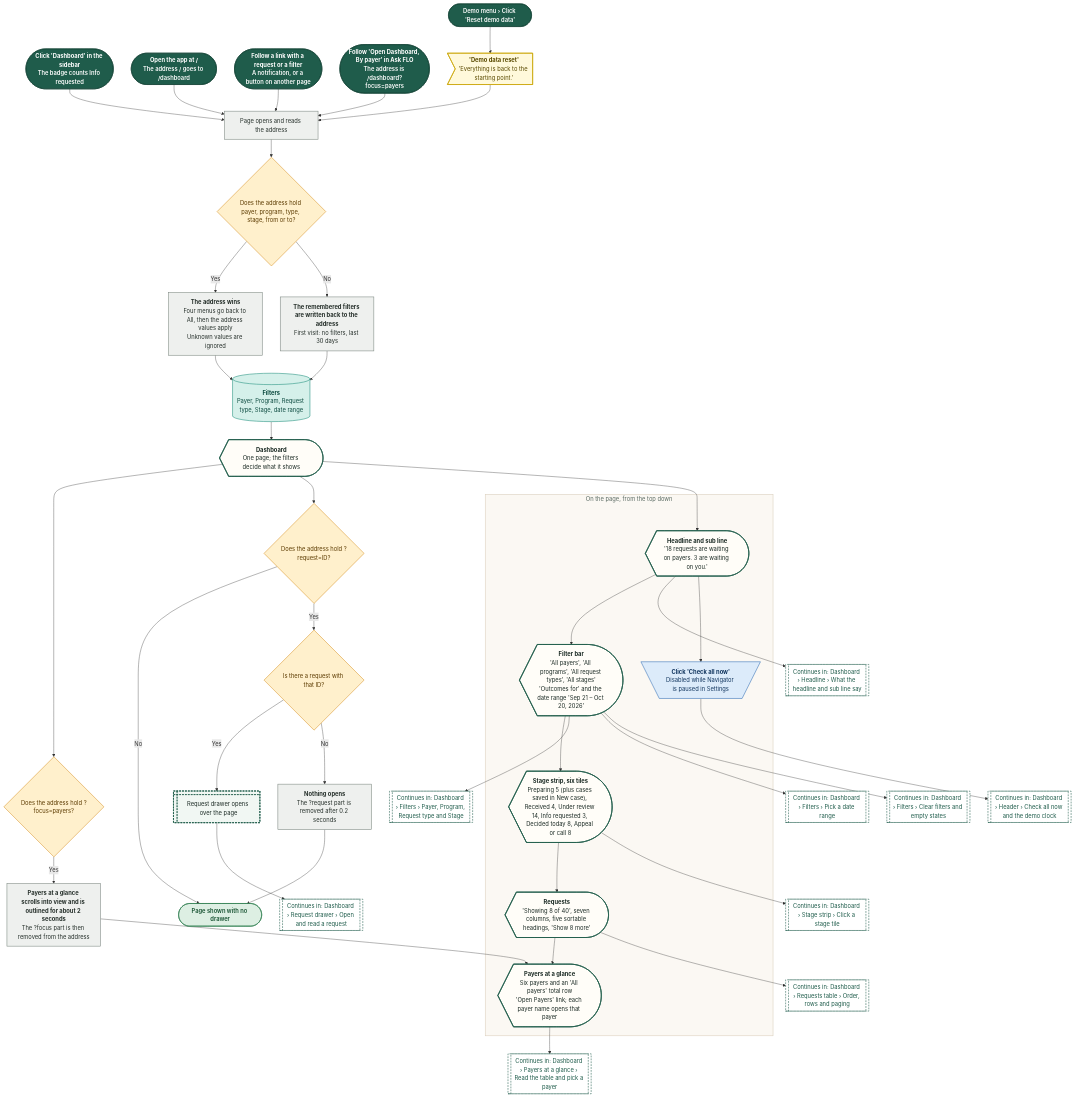
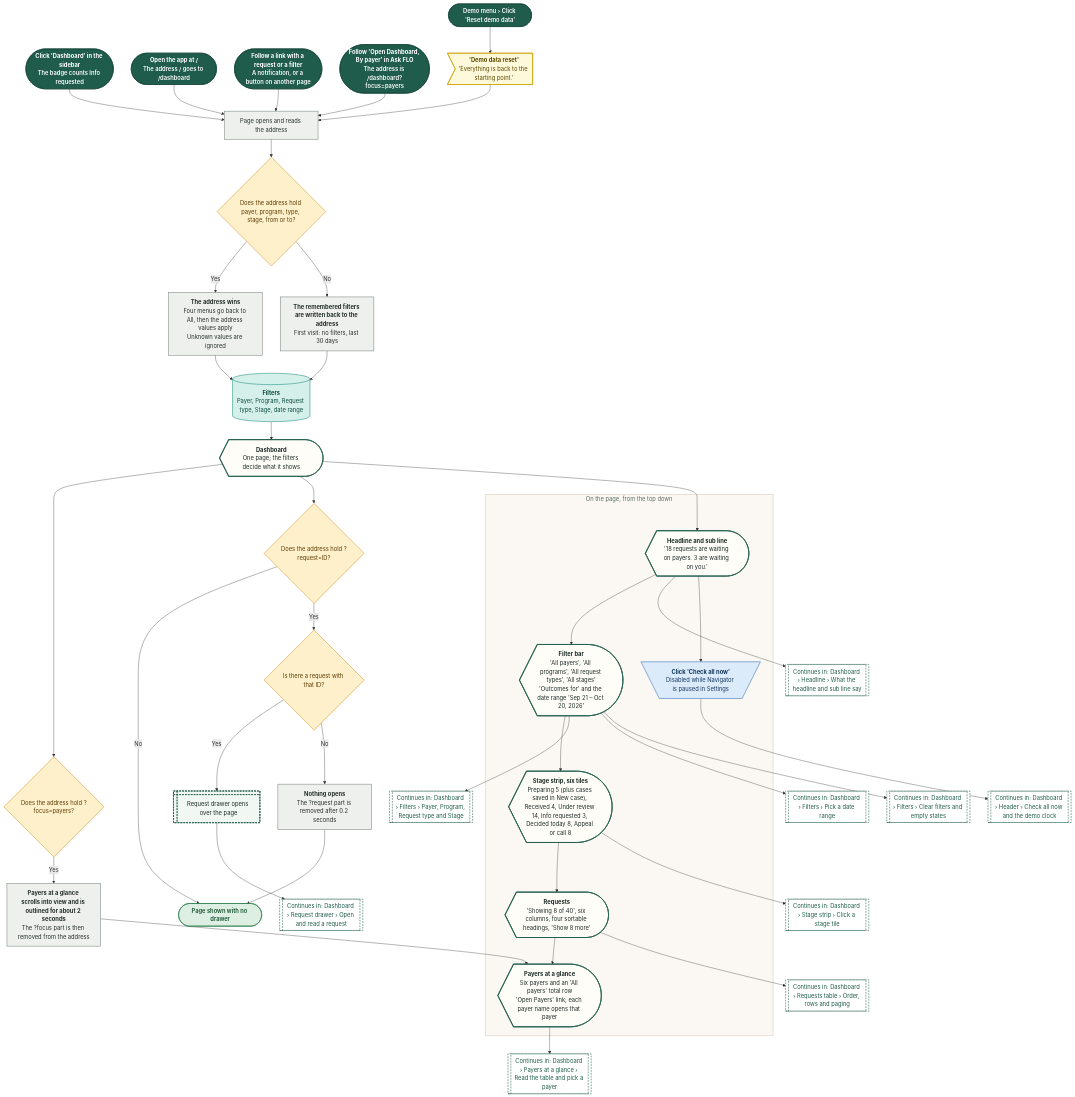
One commit to Shrav143/psyfloapp changed the first of 19 diagrams in demos/prior-auth-demo/workflows/out/md/02-dashboard.md. Above: the diagram before and after it, drawn with Mermaid. The commit also changed other lines of this file and 39 other files, not shown here.

First line of the commit message:
docs: appeal analysis report in the site map and README; rebuild the workflow diagrams (225)

```diff
--- a/demos/prior-auth-demo/workflows/out/md/02-dashboard.md
+++ b/demos/prior-auth-demo/workflows/out/md/02-dashboard.md
@@ -53,7 +53,7 @@
   ca@{ shape: trap-t, label: "<b>Click 'Check all now'</b><br/>Disabled while Navigator is paused in Settings" }
   f1@{ shape: curv-trap, label: "<b>Filter bar</b><br/>'All payers', 'All programs', 'All request types', 'All stages'<br/>'Outcomes for' and the date range 'Sep 21 – Oct 20, 2026'" }
   st@{ shape: curv-trap, label: "<b>Stage strip, six tiles</b><br/>Preparing 5 (plus cases saved in New case), Received 4, Under review 14, Info requested 3, Decided today 8, Appeal or call 8" }
-  rq@{ shape: curv-trap, label: "<b>Requests</b><br/>'Showing 8 of 40', seven columns, five sortable headings, 'Show 8 more'" }
+  rq@{ shape: curv-trap, label: "<b>Requests</b><br/>'Showing 8 of 40', six columns, four sortable headings, 'Show 8 more'" }
   py@{ shape: curv-trap, label: "<b>Payers at a glance</b><br/>Six payers and an 'All payers' total row<br/>'Open Payers' link; each payer name opens that payer" }
   end
   g1@{ shape: subproc, label: "Continues in: Dashboard › Request drawer › Open and read a request" }
```
